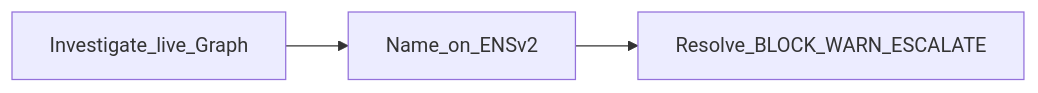
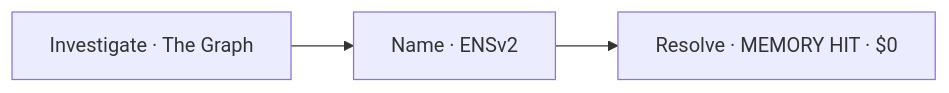
One commit to devhb1/Saviour changed the first of 6 diagrams in README.md. Above: the diagram before and after it, drawn with Mermaid. The commit also changed other lines of this file and 8 other files, not shown here.

````diff
--- a/README.md
+++ b/README.md
@@ -14,5 +16,5 @@
 ```mermaid
 flowchart LR
-  I[Investigate_live_Graph] --> N[Name_on_ENSv2]
-  N --> R[Resolve_BLOCK_WARN_ESCALATE]
+  I[Investigate · The Graph] --> N[Name · ENSv2]
+  N --> R[Resolve · MEMORY HIT · $0]
 ```
````
